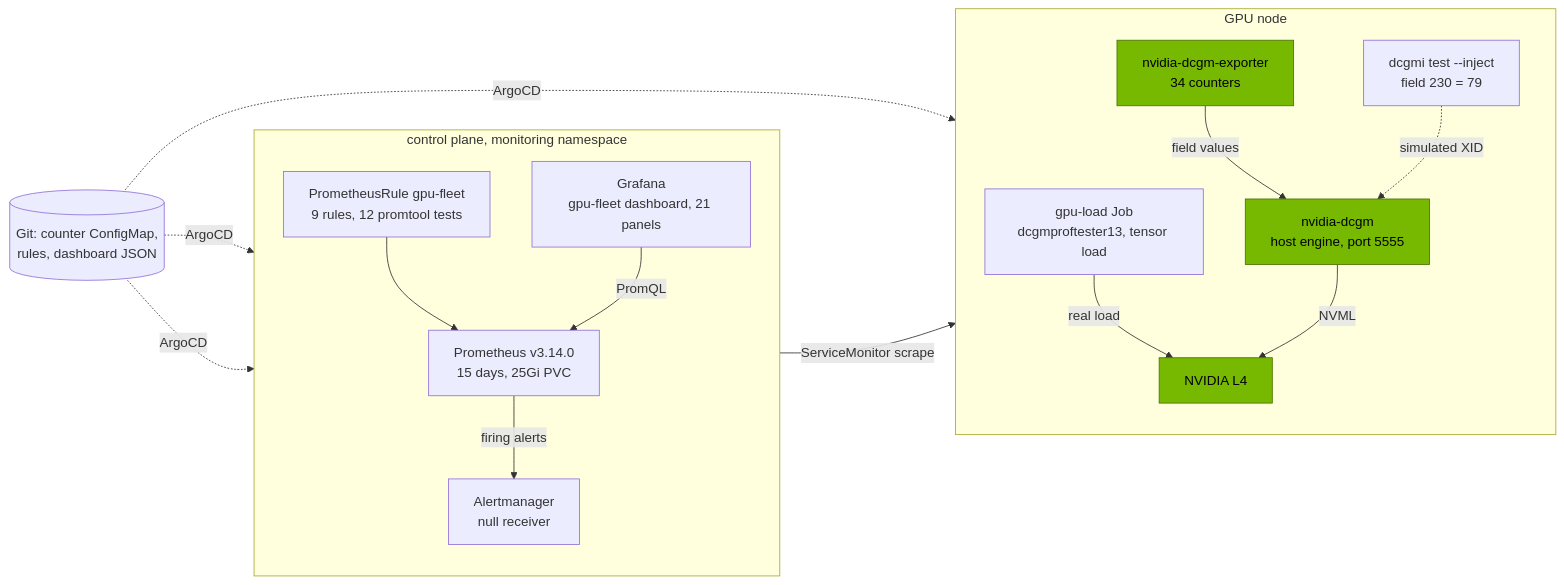
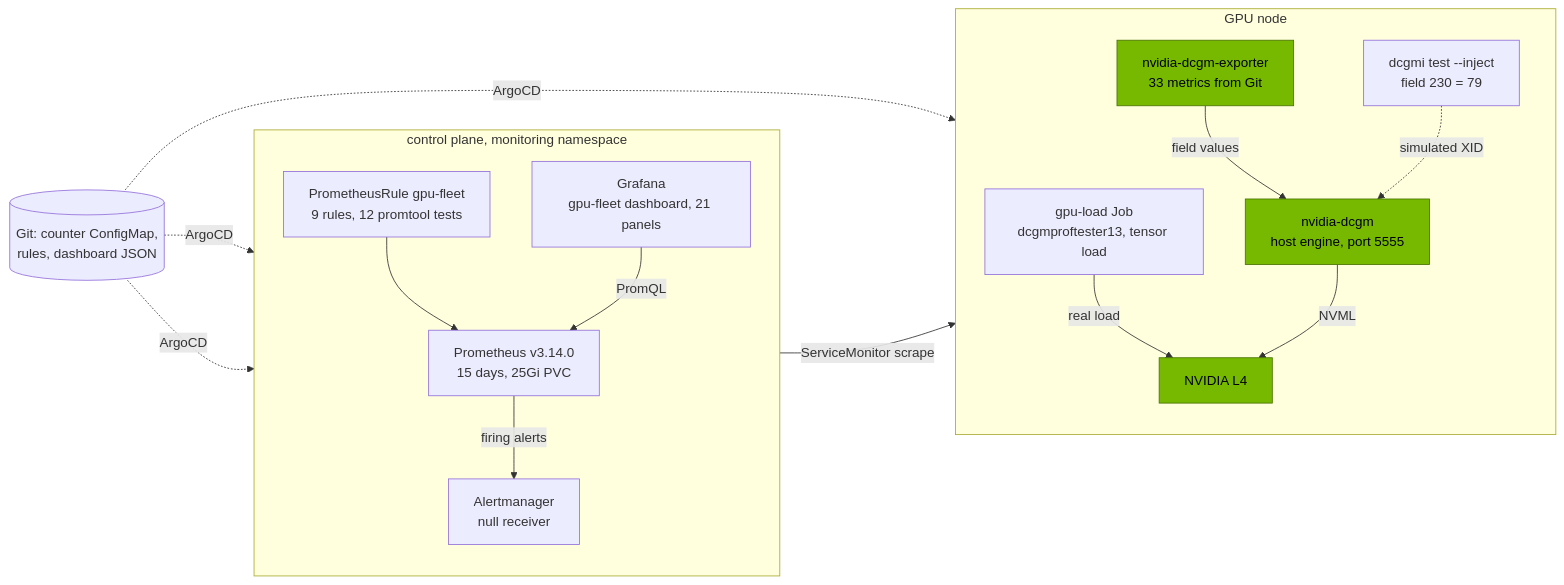
Before and after one commit to yassineteimi/nvidia-gpu-fleet-poc: the first of 2 diagrams in docs/02-observability.md, drawn with Mermaid. The commit also changed other lines of this file and 1 other file, not shown here.

First line of the commit message:
Session B: 33 metrics present, not 34 counters

````diff
--- a/docs/02-observability.md
+++ b/docs/02-observability.md
@@ -15,35 +15,35 @@
 ```mermaid
 flowchart LR
   subgraph gpu["GPU node"]
     direction TB
     load["gpu-load Job<br/>dcgmproftester13, tensor load"]
     l4["NVIDIA L4"]
     dcgm["nvidia-dcgm<br/>host engine, port 5555"]
-    exp["nvidia-dcgm-exporter<br/>34 counters"]
+    exp["nvidia-dcgm-exporter<br/>33 metrics from Git"]
     load -->|"real load"| l4
     dcgm -->|"NVML"| l4
     exp -->|"field values"| dcgm
     inj["dcgmi test --inject<br/>field 230 = 79"] -.->|"simulated XID"| dcgm
   end
 
   subgraph cp["control plane, monitoring namespace"]
     direction TB
     prom["Prometheus v3.14.0<br/>15 days, 25Gi PVC"]
     rules["PrometheusRule gpu-fleet<br/>9 rules, 12 promtool tests"]
     am["Alertmanager<br/>null receiver"]
     graf["Grafana<br/>gpu-fleet dashboard, 21 panels"]
     rules --> prom
     prom -->|"firing alerts"| am
     graf -->|"PromQL"| prom
   end
 
   git[("Git: counter ConfigMap,<br/>rules, dashboard JSON")]
 
   prom -->|"ServiceMonitor scrape"| exp
   git -.->|"ArgoCD"| exp
   git -.->|"ArgoCD"| rules
   git -.->|"ArgoCD"| graf
 
   classDef nv fill:#76b900,stroke:#4a7300,color:#000
   class l4,dcgm,exp nv
 ```
````
